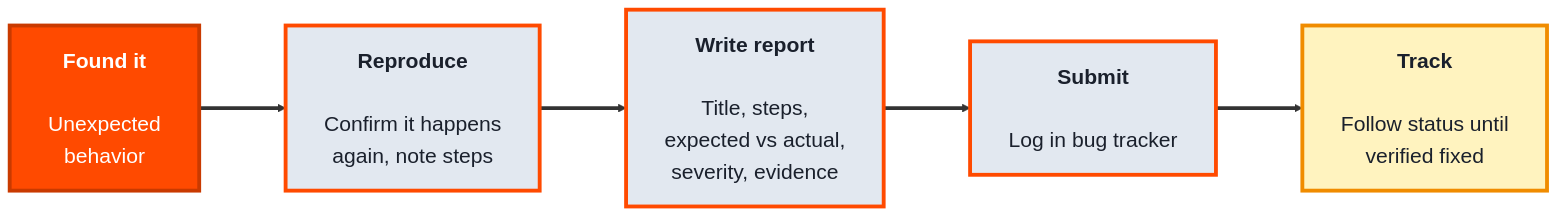
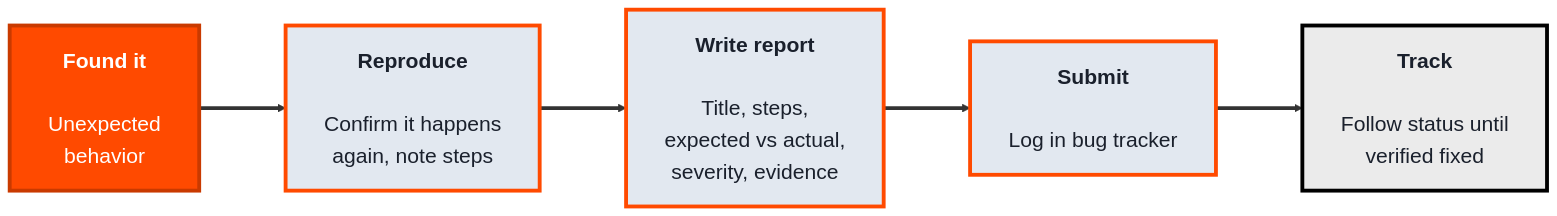
Before and after one commit to SHEMODELTECH/shemodeltech: the second of 3 diagrams in src/Pages/courses/TechQA/module-2-manual-testing.md, drawn with Mermaid. The commit also changed other lines of this file and 46 other files, not shown here.

````diff
--- a/src/Pages/courses/TechQA/module-2-manual-testing.md
+++ b/src/Pages/courses/TechQA/module-2-manual-testing.md
@@ -82,18 +82,18 @@
 ```mermaid
 %%{init: {'theme':'base', 'themeVariables': {'fontSize':'22px', 'primaryTextColor':'#1a202c', 'primaryBorderColor':'#c93a00', 'lineColor':'#333333'}, 'flowchart': {'nodeSpacing': 70, 'rankSpacing': 90, 'padding': 20}}}%%
 flowchart LR
     F["<b>Found it</b><br/><br/>Unexpected<br/>behavior"]
     R["<b>Reproduce</b><br/><br/>Confirm it happens<br/>again, note steps"]
     W["<b>Write report</b><br/><br/>Title, steps,<br/>expected vs actual,<br/>severity, evidence"]
     S["<b>Submit</b><br/><br/>Log in bug tracker"]
     T["<b>Track</b><br/><br/>Follow status until<br/>verified fixed"]
 
     F ==> R ==> W ==> S ==> T
 
     style F fill:#ff4a00,color:#fff,stroke:#c93a00,stroke-width:4px
     style R fill:#e2e8f0,color:#1a202c,stroke:#ff4a00,stroke-width:4px
     style W fill:#e2e8f0,color:#1a202c,stroke:#ff4a00,stroke-width:4px
     style S fill:#e2e8f0,color:#1a202c,stroke:#ff4a00,stroke-width:4px
-    style T fill:#fff3bf,color:#1a202c,stroke:#f08c00,stroke-width:4px
+    style T fill:#EBEBEB,color:#1a202c,stroke:#000000,stroke-width:4px
     linkStyle default stroke-width:4px,stroke:#333333
 ```
````
